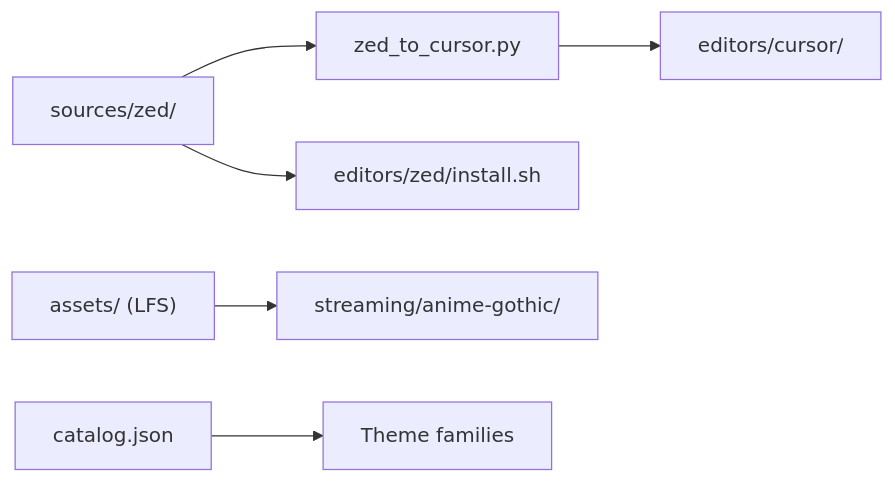
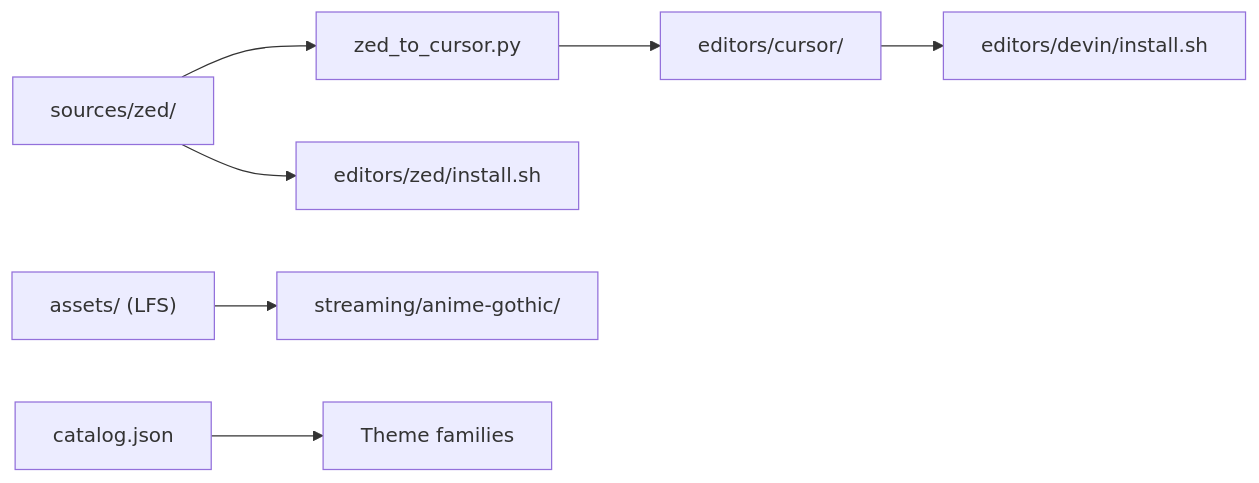
Before and after one commit to jv-darkheartlabs/dark-heart-themes: the diagram in docs/TECH_SPEC.md, drawn with Mermaid. The commit also changed other lines of this file and 4 other files, not shown here.

````diff
--- a/docs/TECH_SPEC.md
+++ b/docs/TECH_SPEC.md
@@ -17,8 +17,9 @@
 ```mermaid
 flowchart LR
   ZedJSON["sources/zed/"] --> Generator["zed_to_cursor.py"]
   Generator --> CursorExt["editors/cursor/"]
+  CursorExt --> DevinInstall["editors/devin/install.sh"]
   ZedJSON --> ZedInstall["editors/zed/install.sh"]
   Assets["assets/ (LFS)"] --> Streaming["streaming/anime-gothic/"]
   Catalog["catalog.json"] --> Families["Theme families"]
 ```
````
